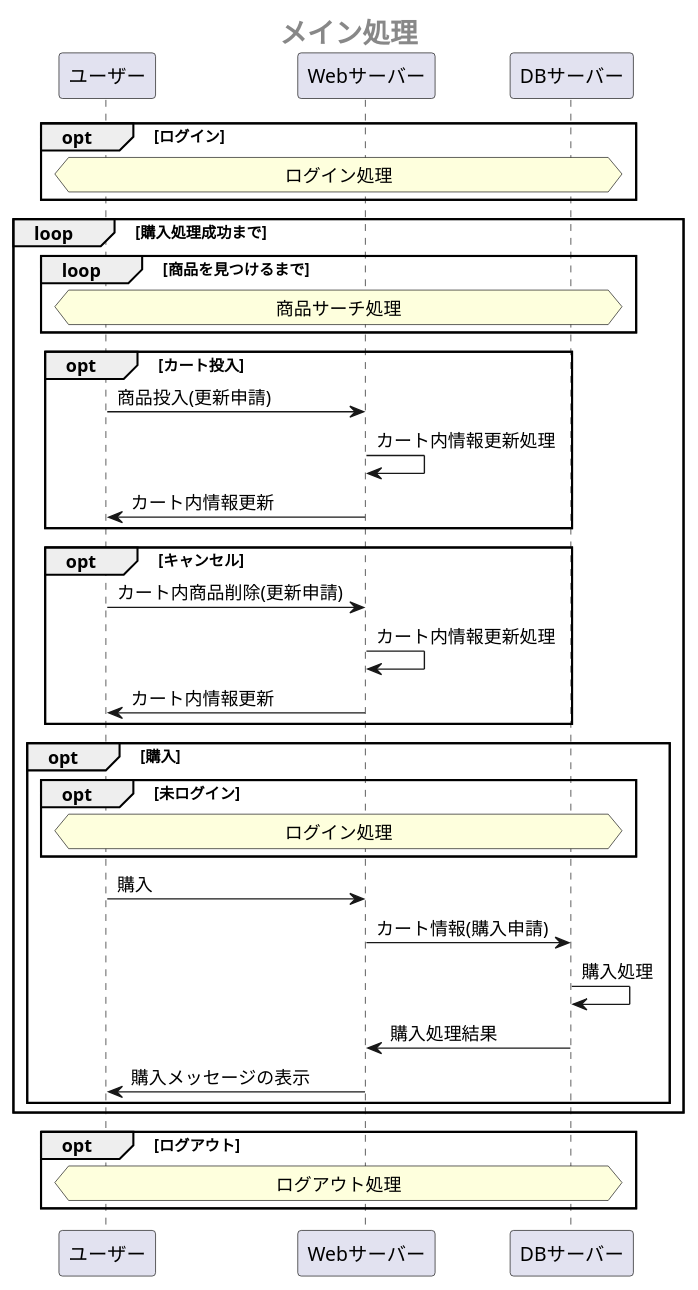
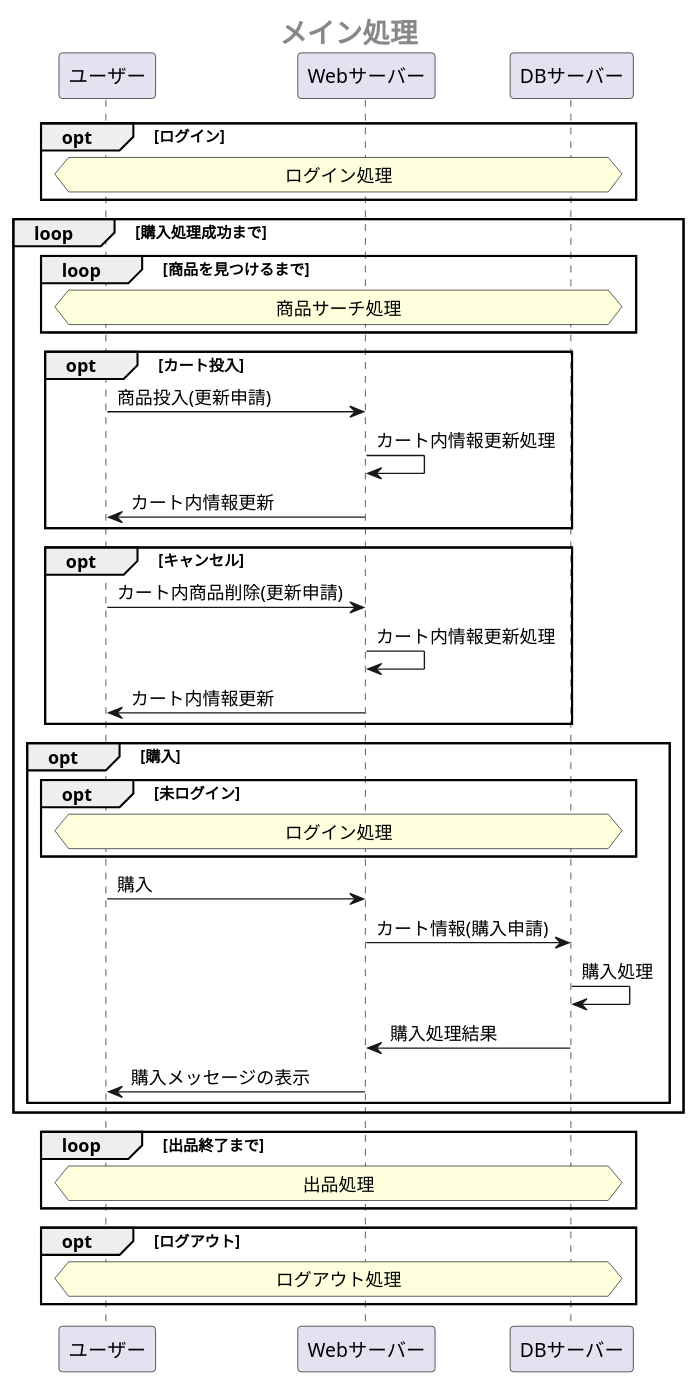
Before and after one commit to Aso2001147/system3: the first of 4 diagrams in 業務フロー図.md, drawn with PlantUML.

````diff
--- a/業務フロー図.md
+++ b/業務フロー図.md
@@ -1,54 +1,46 @@
 ```uml 
 @startuml 
  center header <size:20><b>メイン処理</b></size>
-
  
-
  opt ログイン
   hnote across: ログイン処理
  end
-
- 
 
  loop 購入処理成功まで
   loop 商品を見つけるまで
    hnote across: 商品サーチ処理
   end
-
- 
 
   opt カート投入
    ユーザー -> Webサーバー:商品投入(更新申請)
    Webサーバー -> Webサーバー:カート内情報更新処理
    Webサーバー ->ユーザー:カート内情報更新
   end
   opt キャンセル
    ユーザー -> Webサーバー:カート内商品削除(更新申請)
    Webサーバー -> Webサーバー:カート内情報更新処理
    Webサーバー ->ユーザー:カート内情報更新
   end
 
- 
-
   opt 購入
    opt 未ログイン
      hnote across: ログイン処理
    end
    ユーザー -> Webサーバー:購入
    Webサーバー -> DBサーバー:カート情報(購入申請)
    DBサーバー -> DBサーバー:購入処理
    DBサーバー -> Webサーバー:購入処理結果
    Webサーバー ->ユーザー:購入メッセージの表示
   end
 
+ end
  
-
+ loop 出品終了まで
+  hnote across: 出品処理
  end
-
- 
 
  opt ログアウト
   hnote across: ログアウト処理
  end
 @enduml
 ```
````
